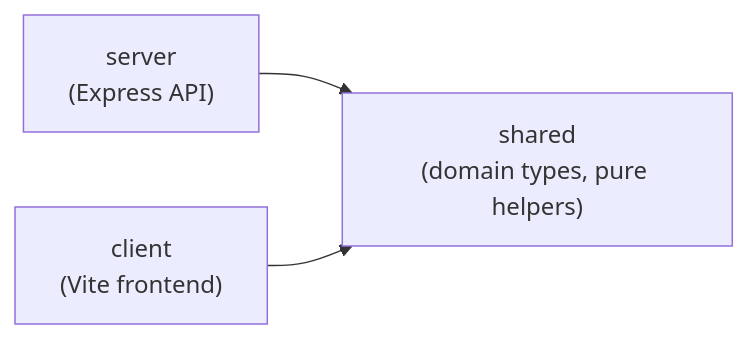
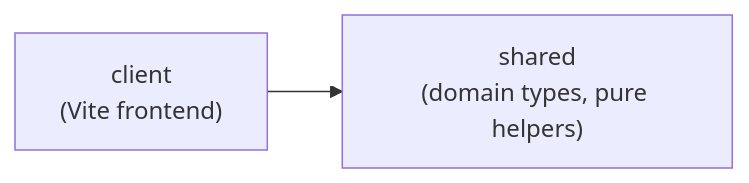
The diagram in docs/architecture.md (neolao/kindle-nonograms), drawn with Mermaid before and after one commit. The commit also changed other lines of this file and 17 other files, not shown here.

Commit message:
feat: remove packages/server (Express) — project pivots to a static-site architecture

````diff
--- a/docs/architecture.md
+++ b/docs/architecture.md
@@ -7,9 +7,7 @@
 ```mermaid
 graph LR
     shared["shared\n(domain types, pure helpers)"]
-    server["server\n(Express API)"]
     client["client\n(Vite frontend)"]
 
-    server --> shared
     client --> shared
 ```
````
